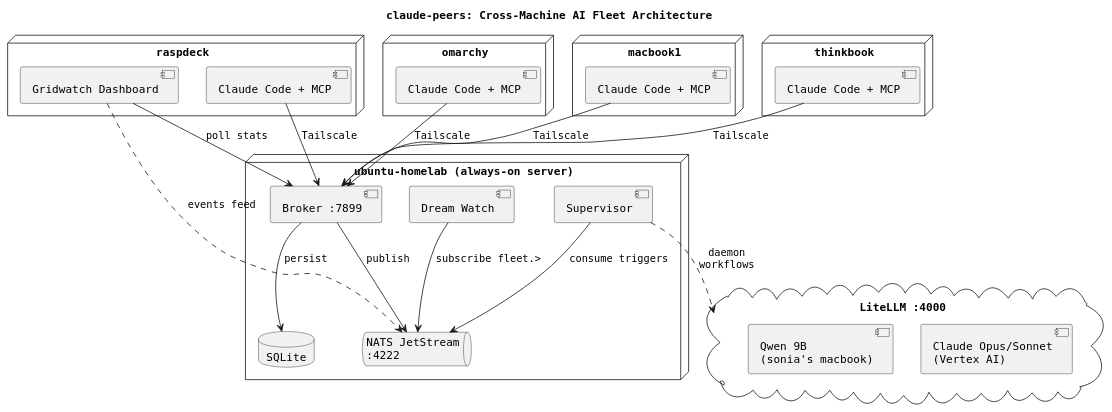
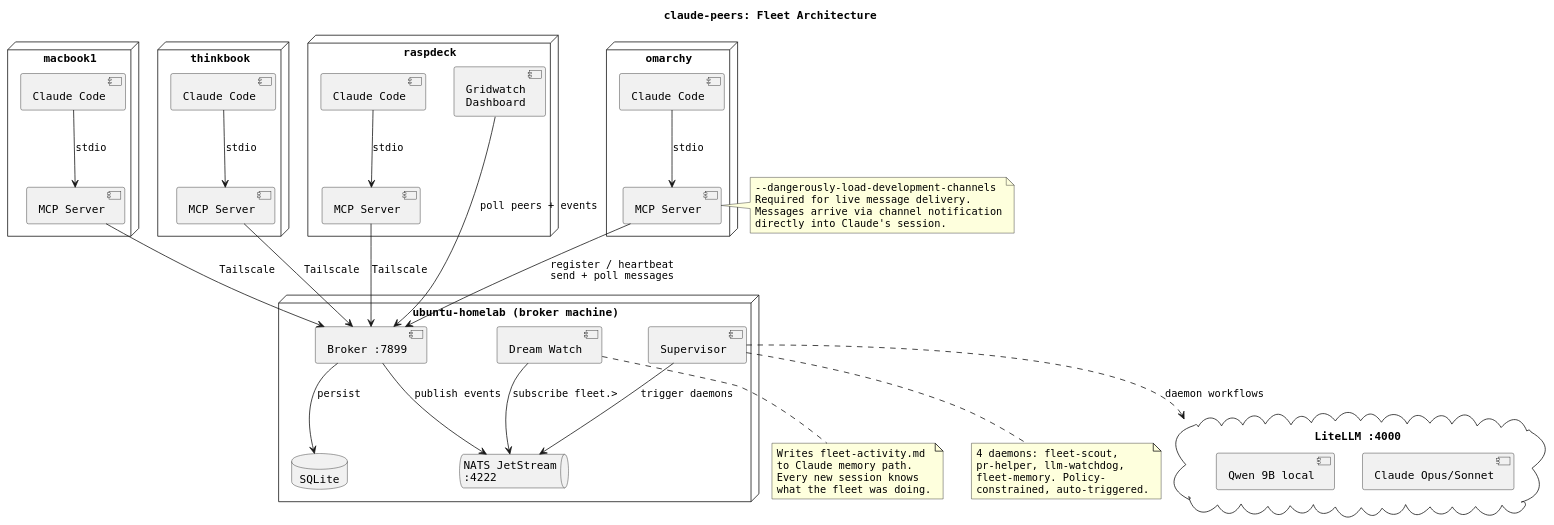
The diagram in assets/architecture.puml (WillyV3/claude-peers), drawn with PlantUML before and after one commit. The commit also changed 4 other files, not shown here.

First line of the commit message:
Complete README rewrite + updated diagrams

```diff
--- a/assets/architecture.puml
+++ b/assets/architecture.puml
@@ -1,51 +1,79 @@
 @startuml architecture
 skinparam backgroundColor white
 skinparam defaultFontName monospaced
 skinparam shadowing false
 
-title claude-peers: Cross-Machine AI Fleet Architecture
+title claude-peers: Fleet Architecture
 
-node "ubuntu-homelab (always-on server)" as homelab {
+node "ubuntu-homelab (broker machine)" as homelab {
   [Broker :7899] as broker
   database "SQLite" as db
   queue "NATS JetStream\n:4222" as nats
+  [Dream Watch] as dream
   [Supervisor] as super
-  [Dream Watch] as dream
 
-  broker --> db : persist
-  broker --> nats : publish
-  super --> nats : consume triggers
-  dream --> nats : subscribe fleet.>
+  broker -down-> db : persist
+  broker -down-> nats : publish events
+  dream -down-> nats : subscribe fleet.>
+  super -down-> nats : trigger daemons
 }
 
 cloud "LiteLLM :4000" as litellm {
-  [Claude Opus/Sonnet\n(Vertex AI)] as claude_api
-  [Qwen 9B\n(sonia's macbook)] as qwen
+  [Claude Opus/Sonnet] as claude_models
+  [Qwen 9B local] as qwen
 }
 
-super ..> litellm : daemon\nworkflows
+super ..> litellm : daemon workflows
 
 node "omarchy" as om {
-  [Claude Code + MCP] as cc1
+  [Claude Code] as cc1
+  [MCP Server] as mcp1
+  cc1 -down-> mcp1 : stdio
 }
 
 node "macbook1" as mb {
-  [Claude Code + MCP] as cc2
+  [Claude Code] as cc2
+  [MCP Server] as mcp2
+  cc2 -down-> mcp2 : stdio
 }
 
 node "thinkbook" as tb {
-  [Claude Code + MCP] as cc3
+  [Claude Code] as cc3
+  [MCP Server] as mcp3
+  cc3 -down-> mcp3 : stdio
 }
 
 node "raspdeck" as rp {
-  [Gridwatch Dashboard] as gw
-  [Claude Code + MCP] as cc4
+  [Claude Code] as cc4
+  [MCP Server] as mcp4
+  [Gridwatch\nDashboard] as gw
+  cc4 -down-> mcp4 : stdio
 }
 
-cc1 --> broker : Tailscale
-cc2 --> broker : Tailscale
-cc3 --> broker : Tailscale
-cc4 --> broker : Tailscale
-gw --> broker : poll stats
-gw ..> nats : events feed
+mcp1 --> broker : register / heartbeat\nsend + poll messages
+mcp2 --> broker : Tailscale
+mcp3 --> broker : Tailscale
+mcp4 --> broker : Tailscale
+gw --> broker : poll peers + events
+
+note right of mcp1
+  --dangerously-load-development-channels
+  Required for live message delivery.
+  Messages arrive via channel notification
+  directly into Claude's session.
+end note
+
+note bottom of dream
+  Writes fleet-activity.md
+  to Claude memory path.
+  Every new session knows
+  what the fleet was doing.
+end note
+
+note bottom of super
+  4 daemons: fleet-scout,
+  pr-helper, llm-watchdog,
+  fleet-memory. Policy-
+  constrained, auto-triggered.
+end note
 @enduml
```
